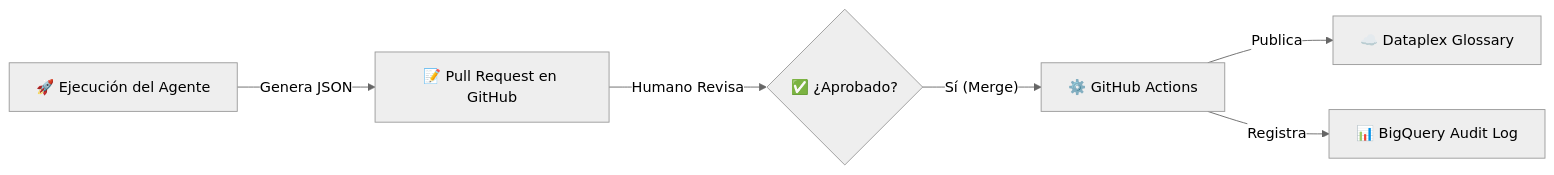
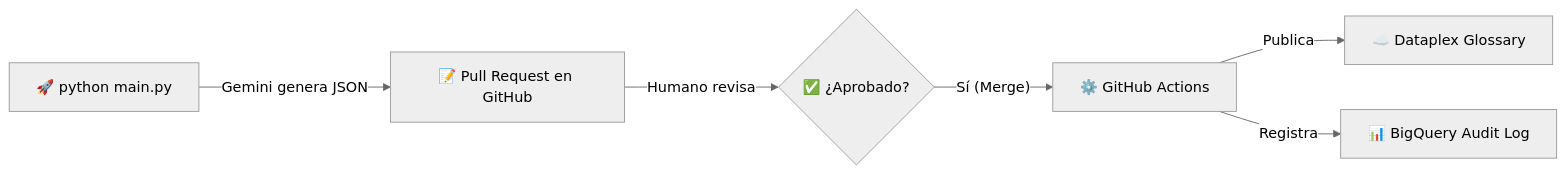
Before and after one commit to carlosmonteverde-sngular/ai-agent-data-governance-business-glossary: the diagram in README_MANUAL.md, drawn with Mermaid (neutral theme). The commit also changed other lines of this file, not shown here.

````diff
--- a/README_MANUAL.md
+++ b/README_MANUAL.md
@@ -9,8 +86,8 @@
 ```mermaid
 graph LR
-    A[🚀 Ejecución del Agente] -->|Genera JSON| B[📝 Pull Request en GitHub];
-    B -->|Humano Revisa| C{✅ ¿Aprobado?};
+    A[🚀 python main.py] -->|Gemini genera JSON| B[📝 Pull Request en GitHub];
+    B -->|Humano revisa| C{✅ ¿Aprobado?};
     C -- Sí (Merge) --> D[⚙️ GitHub Actions];
     D -->|Publica| E[☁️ Dataplex Glossary];
     D -->|Registra| F[📊 BigQuery Audit Log];
 ```
````
